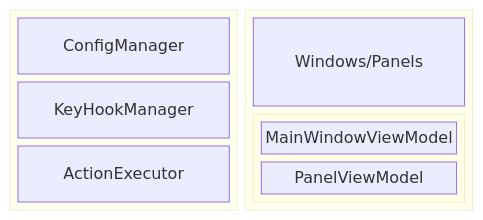
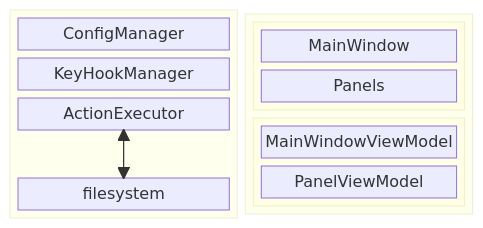
The diagram in README.md (goldenbull/CatCommander), drawn with Mermaid before and after one commit.

````diff
--- a/README.md
+++ b/README.md
@@ -11,18 +11,28 @@
 ```mermaid
 block
+  columns 2
   block:services
     columns 1
     ConfigManager
     KeyHookManager
     ActionExecutor
+    space
+    filesystem
   end
   block:UI
     columns 1
-    Windows/Panels
-    block:ViewModels
+    block:view:1
+      columns 1
+      MainWindow
+      Panels
+    end
+    block:vm:1
       columns 1
       MainWindowViewModel
       PanelViewModel
     end
   end
+
+  filesystem --> ActionExecutor
+  ActionExecutor --> filesystem
 ```
````
